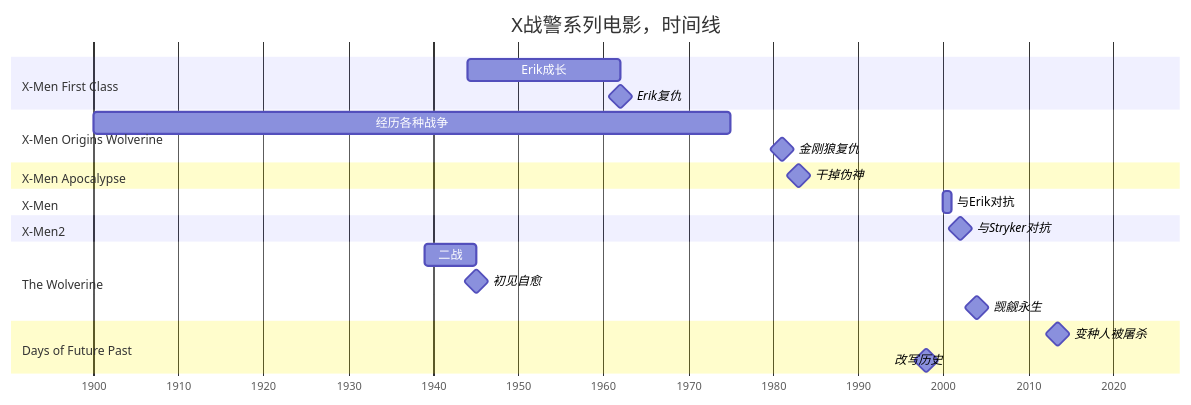
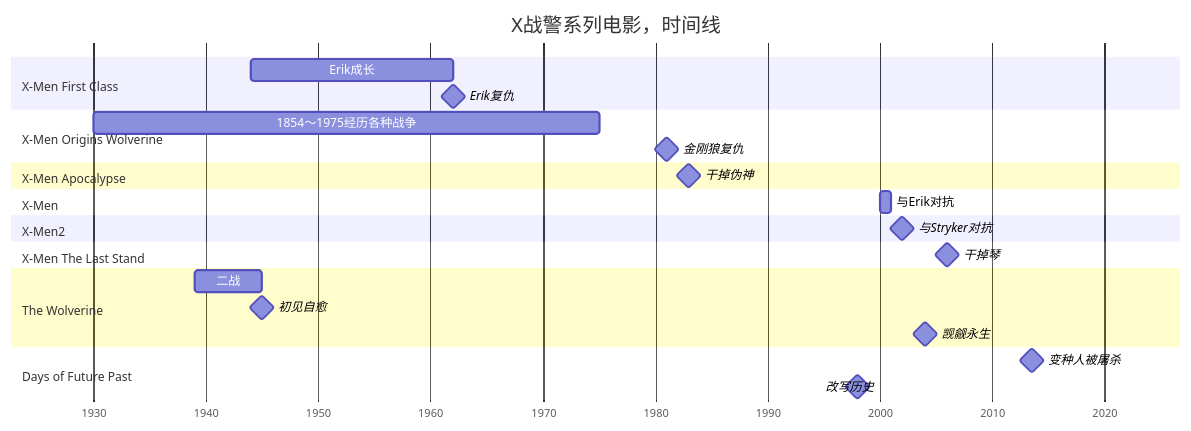
One commit to unclehuzi/unclehuzi.github.io changed the diagram in 2021/11/life-movie-x-men/index.md. Above: the diagram before and after it, drawn with Mermaid. The commit also changed other lines of this file and 39 other files, not shown here.

```diff
--- a/2021/11/life-movie-x-men/index.md
+++ b/2021/11/life-movie-x-men/index.md
@@ -10,33 +10,36 @@
 {{< mermaid >}}
 gantt
     dateFormat YYYY
     axisFormat %Y
     title X战警系列电影，时间线
 
     section X-Men First Class
     Erik成长  : 1944,1962
     Erik复仇  : milestone,1962,1962
     
     section X-Men Origins Wolverine
-    经历各种战争 : 1900,1975
+    1854～1975经历各种战争 : 1930,1975
     金刚狼复仇: milestone,1981,1981
 
 
     section X-Men Apocalypse
     干掉伪神 : milestone,1983,1983
     
     section X-Men
     与Erik对抗 : 2000,2001
     
     section X-Men2
     与Stryker对抗 : milestone,2002,2002
     
+    section X-Men The Last Stand
+    干掉琴 : milestone,2006,2006
+    
     section The Wolverine
     二战    : 1939,1945
     初见自愈 : milestone,1945,1945
     觊觎永生 : milestone,2004,2004
     
     section Days of Future Past
         变种人被屠杀    : milestone,2023
         改写历史       : milestone,1973
 {{< /mermaid >}}
```
